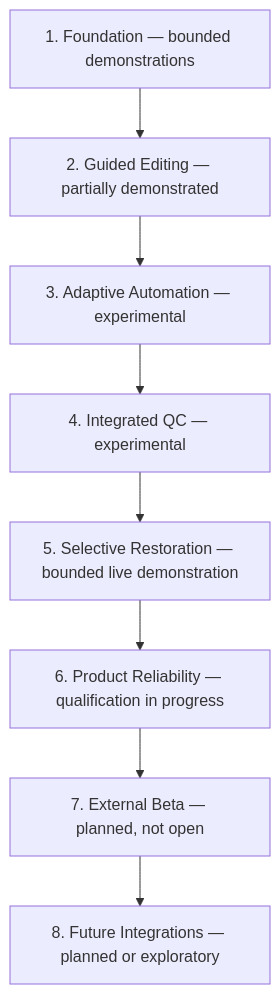
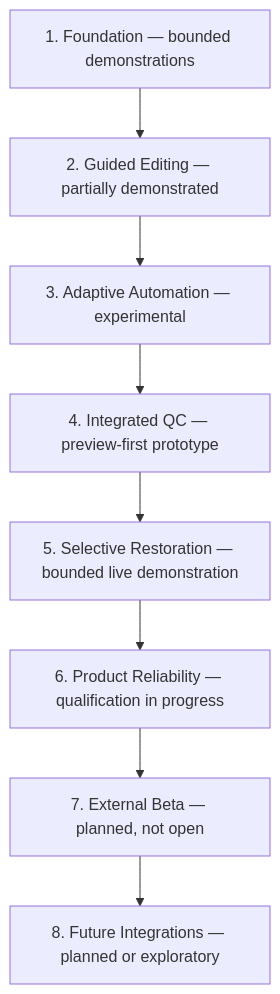
One commit to bthalacker/project-relay changed the first of 2 diagrams in ROADMAP.md. Above: the diagram before and after it, drawn with Mermaid. The commit also changed other lines of this file and 9 other files, not shown here.

````diff
--- a/ROADMAP.md
+++ b/ROADMAP.md
@@ -13,10 +13,10 @@
 ```mermaid
 flowchart TD
     A["1. Foundation — bounded demonstrations"] --> B["2. Guided Editing — partially demonstrated"]
     B --> C["3. Adaptive Automation — experimental"]
-    C --> D["4. Integrated QC — experimental"]
+    C --> D["4. Integrated QC — preview-first prototype"]
     D --> E["5. Selective Restoration — bounded live demonstration"]
     E --> F["6. Product Reliability — qualification in progress"]
     F --> G["7. External Beta — planned, not open"]
     G --> H["8. Future Integrations — planned or exploratory"]
 ```
````
